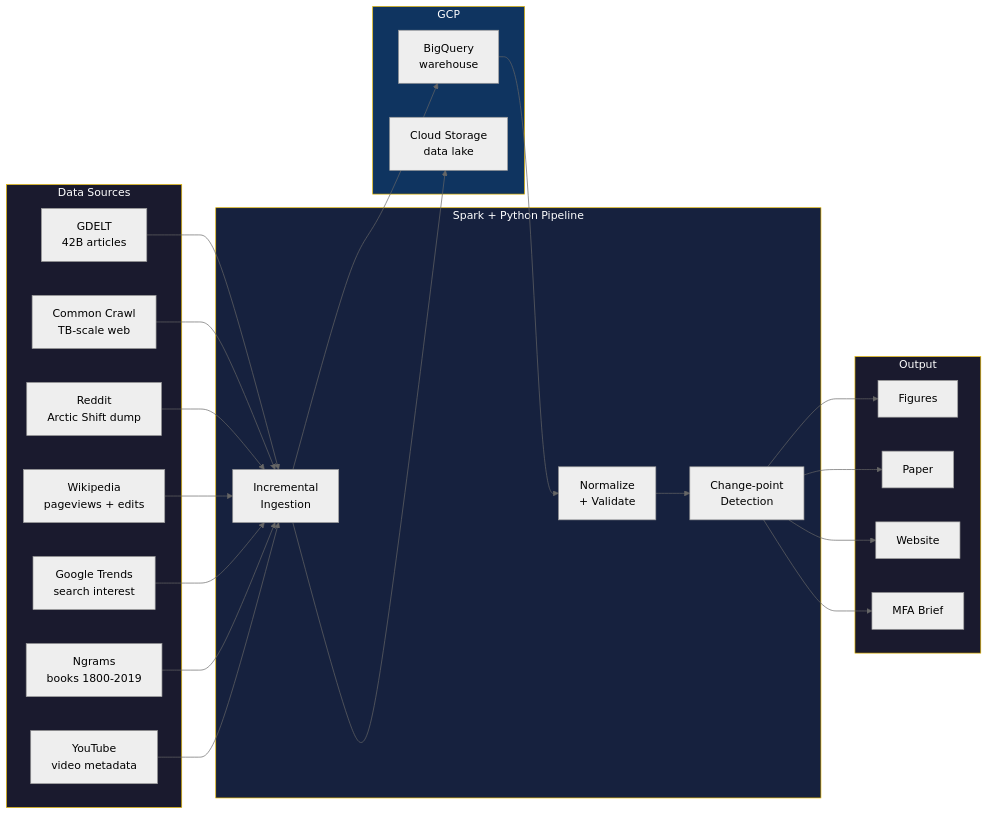
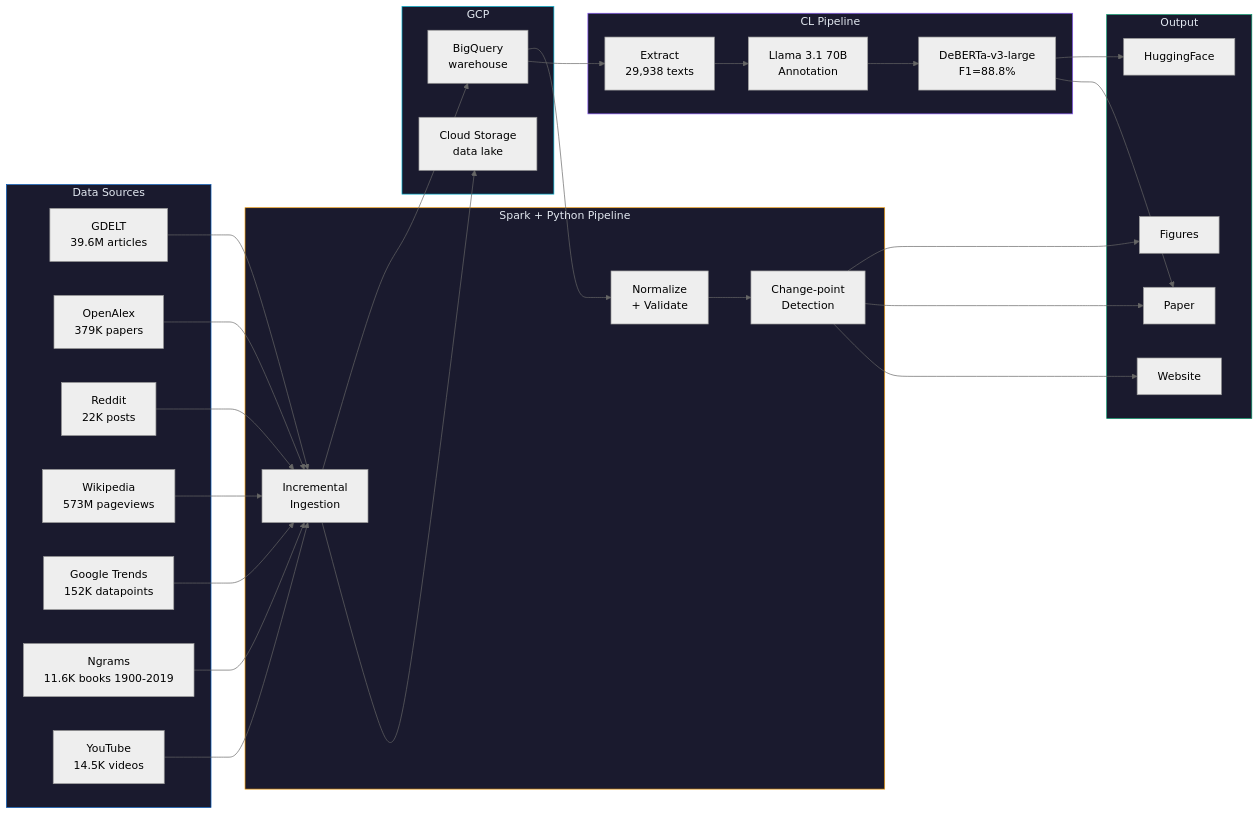
The diagram in README.md (IvanDobrovolsky/kyivnotkiev), drawn with Mermaid (neutral theme) before and after one commit. The commit also changed other lines of this file and 5 other files, not shown here.

First line of the commit message:
Update all READMEs: mermaid charts with site palette, accurate numbers, no folder trees

````diff
--- a/README.md
+++ b/README.md
@@ -31,40 +31,49 @@
 ```mermaid
 graph LR
     subgraph Sources["Data Sources"]
-        style Sources fill:#1a1a2e,stroke:#e6b800,color:#fff
-        GDELT["GDELT<br/>42B articles"]
-        CC["Common Crawl<br/>TB-scale web"]
-        Reddit["Reddit<br/>Arctic Shift dump"]
-        Wiki["Wikipedia<br/>pageviews + edits"]
-        Trends["Google Trends<br/>search interest"]
-        Ngrams["Ngrams<br/>books 1800-2019"]
-        YT["YouTube<br/>video metadata"]
+        style Sources fill:#1a1a2e,stroke:#0057B8,color:#e2e8f0
+        GDELT["GDELT<br/>39.6M articles"]
+        OA["OpenAlex<br/>379K papers"]
+        Reddit["Reddit<br/>22K posts"]
+        Wiki["Wikipedia<br/>573M pageviews"]
+        Trends["Google Trends<br/>152K datapoints"]
+        Ngrams["Ngrams<br/>11.6K books 1900-2019"]
+        YT["YouTube<br/>14.5K videos"]
     end
 
     subgraph Pipeline["Spark + Python Pipeline"]
-        style Pipeline fill:#16213e,stroke:#e6b800,color:#fff
+        style Pipeline fill:#1a1a2e,stroke:#f59e0b,color:#e2e8f0
         Ingest["Incremental<br/>Ingestion"]
         Transform["Normalize<br/>+ Validate"]
         Analyze["Change-point<br/>Detection"]
     end
 
+    subgraph CL["CL Pipeline"]
+        style CL fill:#1a1a2e,stroke:#8b5cf6,color:#e2e8f0
+        Extract["Extract<br/>29,938 texts"]
+        Annotate["Llama 3.1 70B<br/>Annotation"]
+        Finetune["DeBERTa-v3-large<br/>F1=88.8%"]
+    end
+
     subgraph Storage["GCP"]
-        style Storage fill:#0f3460,stroke:#e6b800,color:#fff
+        style Storage fill:#1a1a2e,stroke:#06b6d4,color:#e2e8f0
         BQ["BigQuery<br/>warehouse"]
         GCS["Cloud Storage<br/>data lake"]
     end
 
     subgraph Output["Output"]
-        style Output fill:#1a1a2e,stroke:#e6b800,color:#fff
+        style Output fill:#1a1a2e,stroke:#059669,color:#e2e8f0
         Figures["Figures"]
         Paper["Paper"]
         Web["Website"]
-        Policy["MFA Brief"]
+        HF["HuggingFace"]
     end
 
-    GDELT & CC & Reddit & Wiki & Trends & Ngrams & YT --> Ingest
+    GDELT & OA & Reddit & Wiki & Trends & Ngrams & YT --> Ingest
     Ingest --> BQ
     Ingest --> GCS
     BQ --> Transform --> Analyze
-    Analyze --> Figures & Paper & Web & Policy
+    BQ --> Extract --> Annotate --> Finetune
+    Analyze --> Figures & Paper & Web
+    Finetune --> HF & Paper
 ```
````
